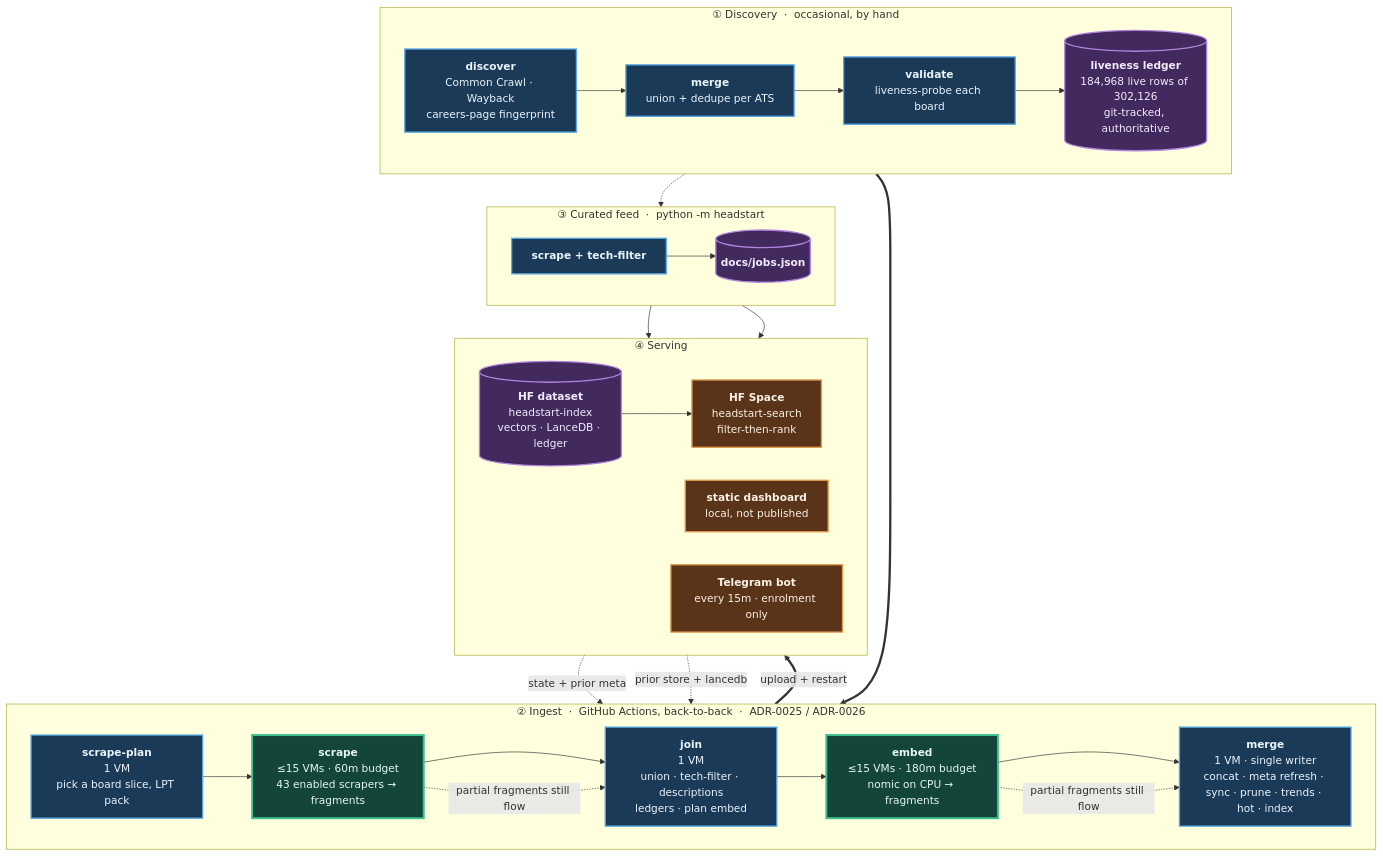
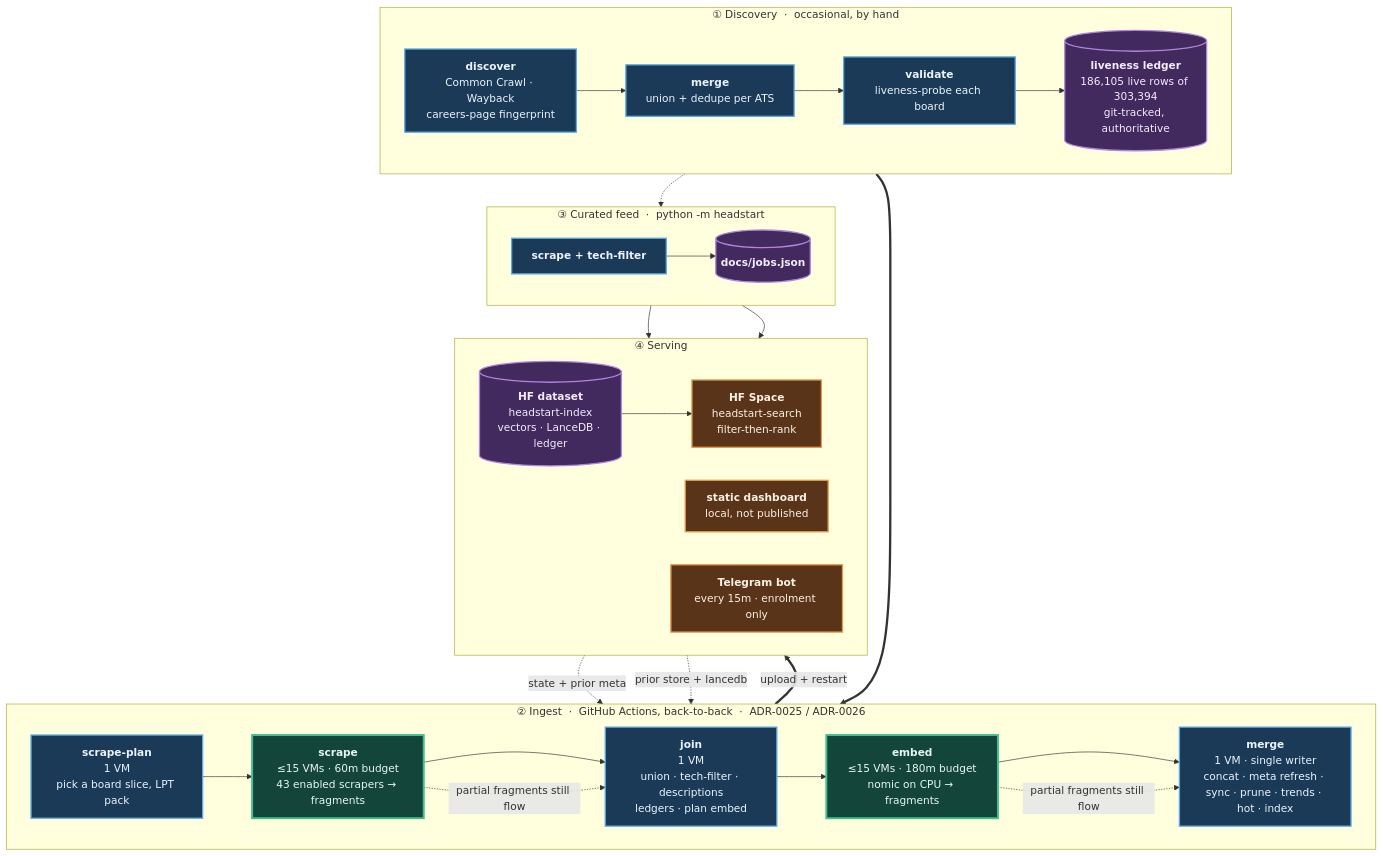
The diagram in README.md (sarthakjain004/headstart), drawn with Mermaid before and after one commit. The commit also changed other lines of this file and 26 other files, not shown here.

````diff
--- a/README.md
+++ b/README.md
@@ -167,56 +170,56 @@
 ```mermaid
 flowchart TB
     subgraph D["① Discovery &nbsp;·&nbsp; occasional, by hand"]
         direction LR
         D1["<b>discover</b><br/>Common Crawl · Wayback<br/>careers-page fingerprint"]
         D2["<b>merge</b><br/>union + dedupe per ATS"]
         D3["<b>validate</b><br/>liveness-probe each board"]
-        D4[("<b>liveness ledger</b><br/>184,968 live rows of 302,126<br/>git-tracked, authoritative")]
+        D4[("<b>liveness ledger</b><br/>186,105 live rows of 303,394<br/>git-tracked, authoritative")]
         D1 --> D2 --> D3 --> D4
     end
 
     subgraph P["② Ingest &nbsp;·&nbsp; GitHub Actions, back-to-back &nbsp;·&nbsp; ADR-0025 / ADR-0026"]
         direction LR
         P1["<b>scrape-plan</b><br/>1 VM<br/>pick a board slice, LPT pack"]
         P2["<b>scrape</b><br/>≤15 VMs · 60m budget<br/>43 enabled scrapers → fragments"]
         P3["<b>join</b><br/>1 VM<br/>union · tech-filter · descriptions<br/>ledgers · plan embed"]
         P4["<b>embed</b><br/>≤15 VMs · 180m budget<br/>nomic on CPU → fragments"]
         P5["<b>merge</b><br/>1 VM · single writer<br/>concat · meta refresh · sync · prune · trends · hot · index"]
         P1 --> P2 --> P3 --> P4 --> P5
     end
 
     subgraph F["③ Curated feed &nbsp;·&nbsp; python -m headstart"]
         direction LR
         F1["<b>scrape + tech-filter</b>"]
         F2[("<b>docs/jobs.json</b>")]
         F1 --> F2
     end
 
     subgraph S["④ Serving"]
         direction LR
         S1[("<b>HF dataset</b><br/>headstart-index<br/>vectors · LanceDB · ledger")]
         S2["<b>HF Space</b><br/>headstart-search<br/>filter-then-rank"]
         S3["<b>static dashboard</b><br/>local, not published"]
         S4["<b>Telegram bot</b><br/>every 15m · enrolment only"]
         S1 --> S2
     end
 
     D4 ==> P1
     S1 -. "state + prior meta" .-> P1
     S1 -. "prior store + lancedb" .-> P5
     D4 -.-> F1
     P5 ==>|"upload + restart"| S1
     F2 --> S3
     F2 --> S4
     P2 -. "partial fragments still flow" .-> P3
     P4 -. "partial fragments still flow" .-> P5
 
     classDef serial fill:#1b3a57,stroke:#5aa9e6,stroke-width:2px,color:#eaf4fc
     classDef fan fill:#14453a,stroke:#3fbf8f,stroke-width:3px,color:#e4f7f0
     classDef store fill:#42295e,stroke:#b184dd,stroke-width:2px,color:#f4ecfc
     classDef serve fill:#5a3418,stroke:#e09a4f,stroke-width:2px,color:#fbf1e6
     class D1,D2,D3,P1,P3,P5,F1 serial
     class P2,P4 fan
     class D4,F2,S1 store
     class S2,S3,S4 serve
 ```
````
